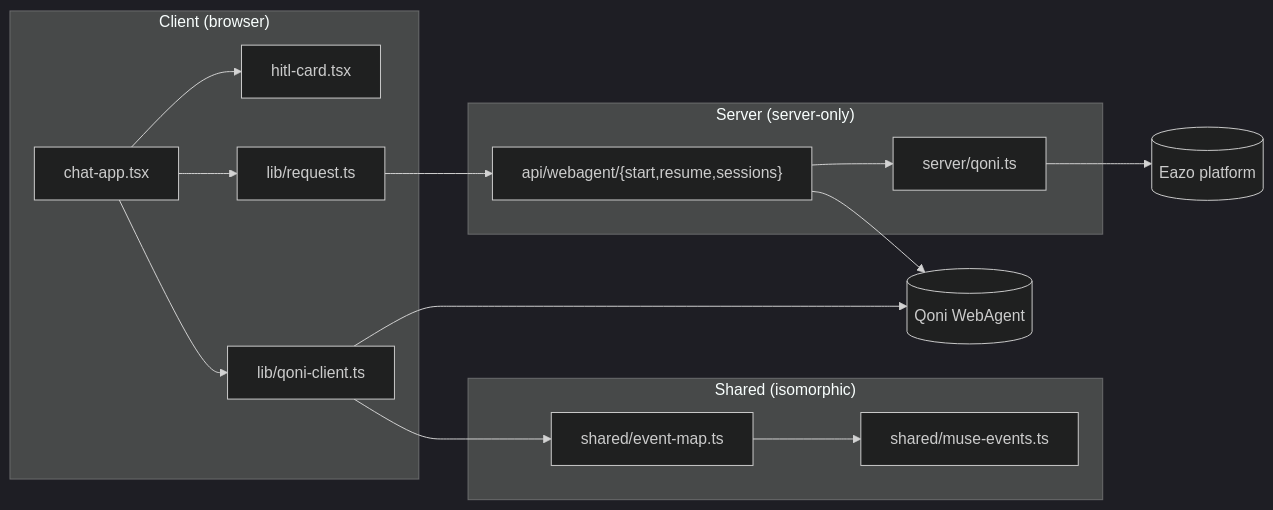
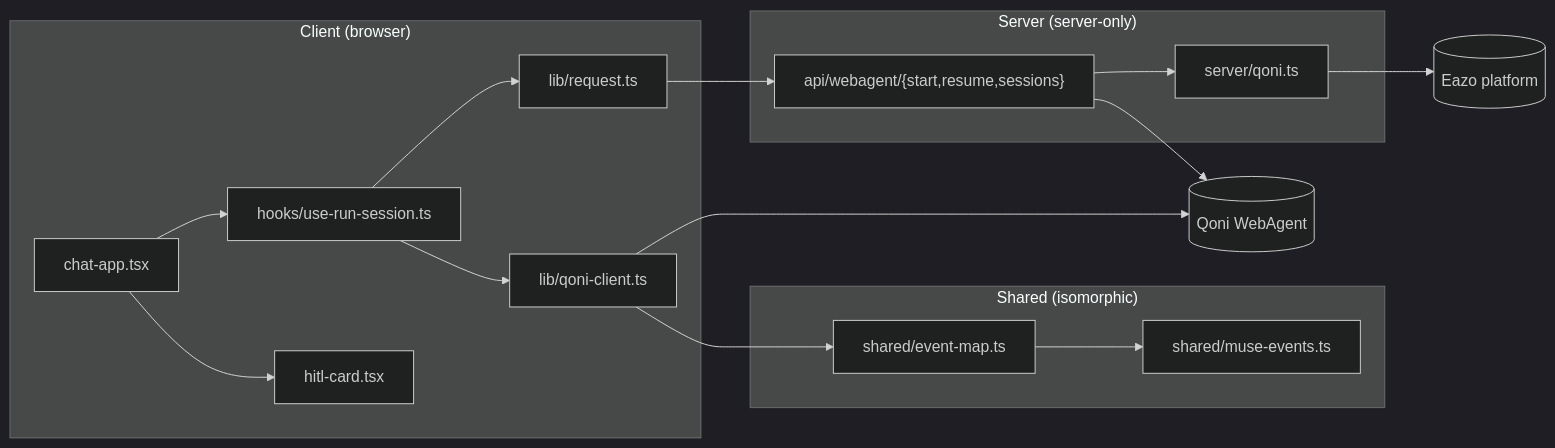
One commit to EazoAI/eazo-creator-personal-agent-template changed the second of 2 diagrams in AGENTS.md. Above: the diagram before and after it, drawn with Mermaid (dark theme). The commit also changed other lines of this file and 10 other files, not shown here.

First line of the commit message:
refactor: Transition ChatApp to use `useRunSession` for session management

````diff
--- a/AGENTS.md
+++ b/AGENTS.md
@@ -46,30 +46,32 @@
 ```mermaid
 flowchart LR
     subgraph Client["Client (browser)"]
         CA[chat-app.tsx]
+        RS[hooks/use-run-session.ts]
         HC[hitl-card.tsx]
         QC[lib/qoni-client.ts]
         RQ[lib/request.ts]
     end
     subgraph Shared["Shared (isomorphic)"]
         ME[shared/muse-events.ts]
         EM[shared/event-map.ts]
     end
     subgraph Server["Server (server-only)"]
         RT["api/webagent/{start,resume,sessions}"]
         SQ[server/qoni.ts]
     end
     E[(Eazo platform)]
     Q[(Qoni WebAgent)]
 
+    CA --> RS
     CA --> HC
-    CA --> QC
-    CA --> RQ
+    RS --> QC
+    RS --> RQ
     RQ --> RT
     RT --> SQ
     SQ --> E
     RT --> Q
     QC --> EM
     EM --> ME
     QC --> Q
 ```
````
